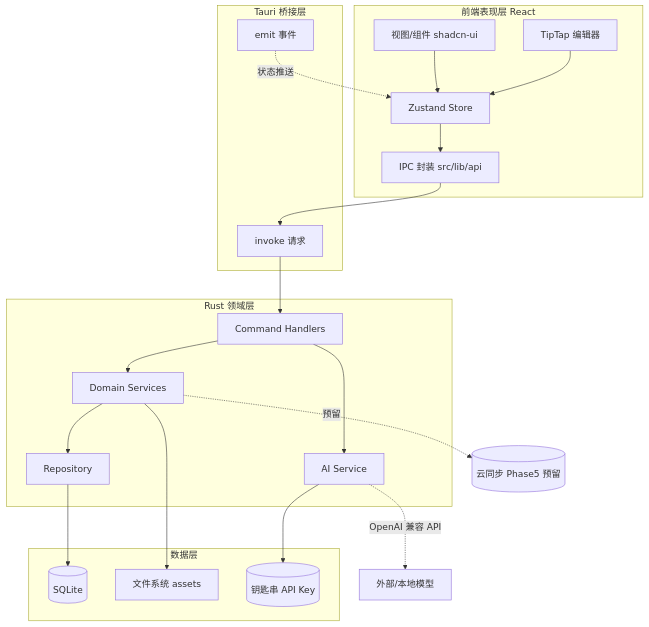
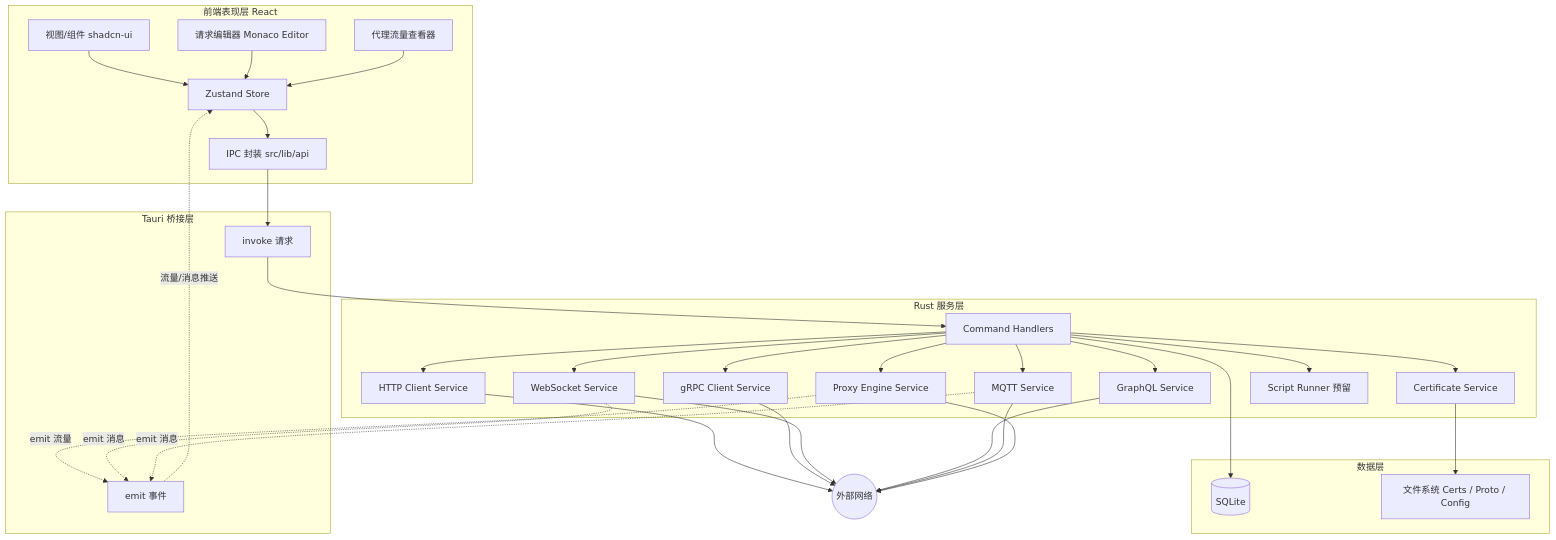
Before and after one commit to gsxhnd/Thread: the first of 6 diagrams in docs/02.architecture.md, drawn with Mermaid. The commit also changed other lines of this file and 164 other files, not shown here.

First line of the commit message:
refactor: rebuild as workspace-based API client with HTTP MVP

````diff
--- a/docs/02.architecture.md
+++ b/docs/02.architecture.md
@@ -11,42 +11,53 @@
 ```mermaid
 flowchart TD
     subgraph FE [前端表现层 React]
-        View[视图/组件 shadcn-ui]
-        Editor[TipTap 编辑器]
+        Views[视图/组件 shadcn-ui]
+        ReqEditor[请求编辑器 Monaco Editor]
+        ProxyViewer[代理流量查看器]
         Store[Zustand Store]
         Api[IPC 封装 src/lib/api]
     end
 
     subgraph Bridge [Tauri 桥接层]
         Invoke["invoke 请求"]
         Emit["emit 事件"]
     end
 
-    subgraph BE [Rust 领域层]
+    subgraph BE [Rust 服务层]
         Cmd[Command Handlers]
-        Svc[Domain Services]
-        AiSvc[AI Service]
-        Repo[Repository]
+        HttpSvc[HTTP Client Service]
+        GrpcSvc[gRPC Client Service]
+        WsSvc[WebSocket Service]
+        GqlSvc[GraphQL Service]
+        MqttSvc[MQTT Service]
+        ProxySvc[Proxy Engine Service]
+        CertSvc[Certificate Service]
+        ScriptSvc[Script Runner 预留]
     end
 
     subgraph Data [数据层]
         DB[(SQLite)]
-        FS[文件系统 assets]
-        KC[(钥匙串 API Key)]
+        FS[文件系统 Certs / Proto / Config]
     end
 
-    Cloud[(云同步 Phase5 预留)]
+    Network((外部网络))
 
-    View --> Store
-    Editor --> Store
+    Views --> Store
+    ReqEditor --> Store
+    ProxyViewer --> Store
     Store --> Api
     Api --> Invoke --> Cmd
-    Cmd --> Svc
-    Svc --> Repo --> DB
-    Svc --> FS
-    AiSvc --> KC
-    Cmd --> AiSvc
-    Emit -.状态推送.-> Store
-    Svc -.预留.-> Cloud
-    AiSvc -.->|OpenAI 兼容 API| External[外部/本地模型]
+    Cmd --> HttpSvc --> Network
+    Cmd --> GrpcSvc --> Network
+    Cmd --> WsSvc --> Network
+    Cmd --> GqlSvc --> Network
+    Cmd --> MqttSvc --> Network
+    Cmd --> ProxySvc --> Network
+    Cmd --> CertSvc --> FS
+    Cmd --> ScriptSvc
+    Cmd --> DB
+    Emit -.流量/消息推送.-> Store
+    ProxySvc -.emit 流量.-> Emit
+    WsSvc -.emit 消息.-> Emit
+    MqttSvc -.emit 消息.-> Emit
 ```
````
